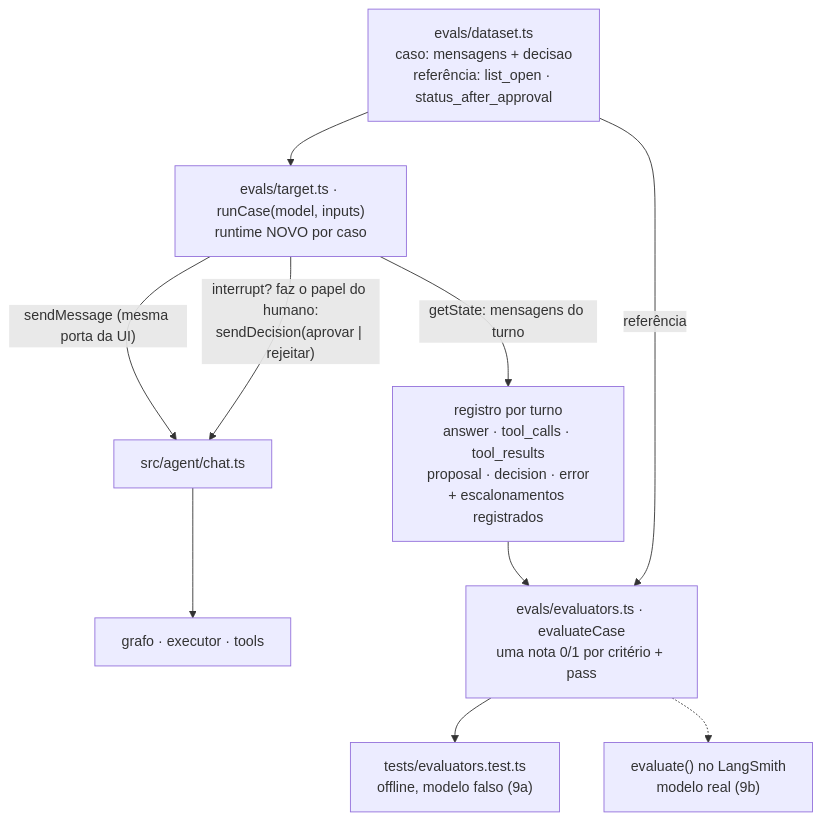
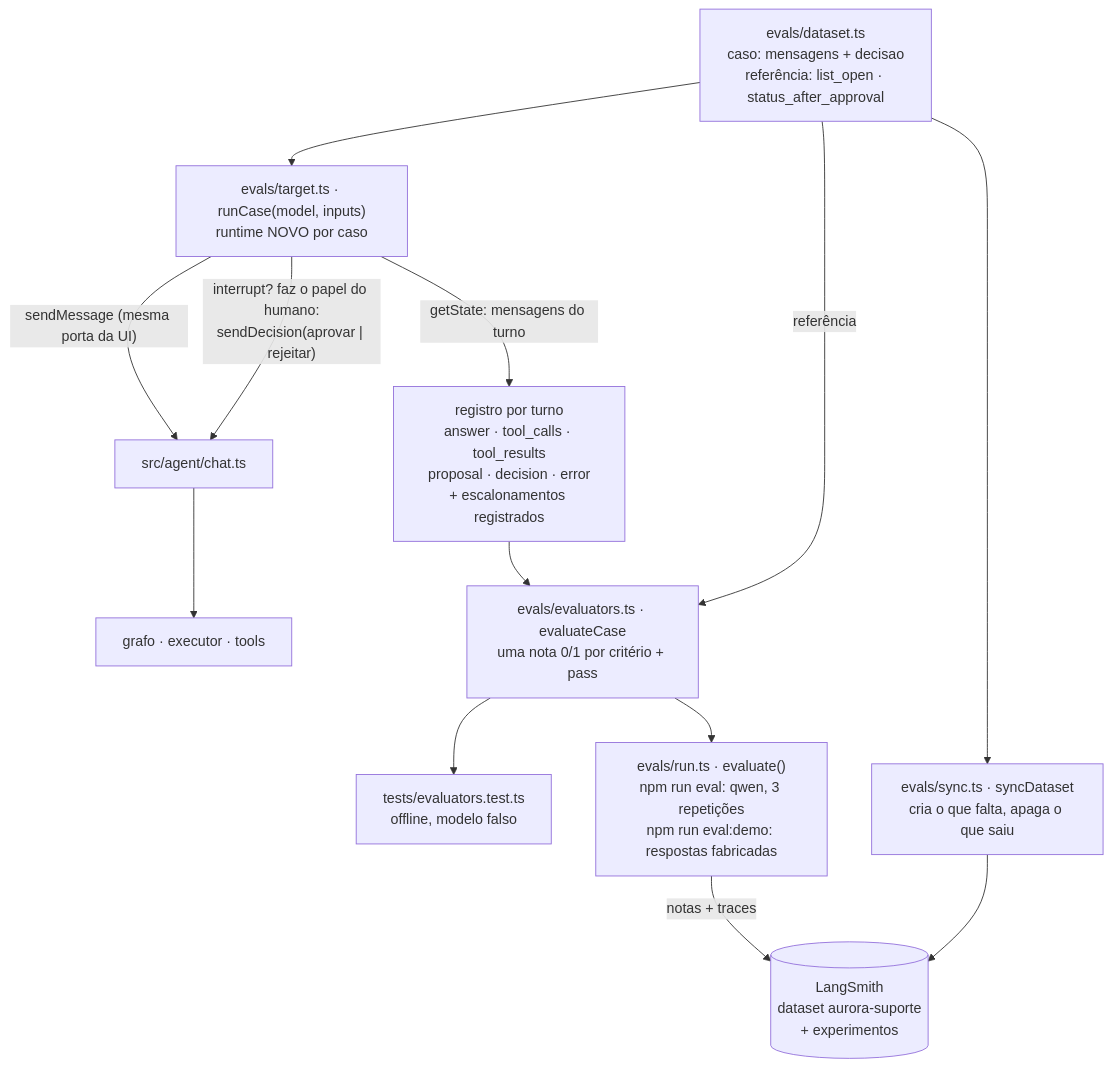
Before and after one commit to gpmoura4/qwantyco-project: the tenth of 10 diagrams in docs/fluxo.md, drawn with Mermaid. The commit also changed other lines of this file and 10 other files, not shown here.

Commit message:
feat: langsmith evaluation runner, dataset sync and evaluator demos

````diff
--- a/docs/fluxo.md
+++ b/docs/fluxo.md
@@ -381,12 +381,15 @@
 ```mermaid
 flowchart TD
     DS["evals/dataset.ts<br/>caso: mensagens + decisao<br/>referência: list_open · status_after_approval"] --> TG["evals/target.ts · runCase(model, inputs)<br/>runtime NOVO por caso"]
     TG -->|"sendMessage (mesma porta da UI)"| CH["src/agent/chat.ts"]
     CH --> GR["grafo · executor · tools"]
     TG -->|"interrupt? faz o papel do humano:<br/>sendDecision(aprovar | rejeitar)"| CH
     TG -->|"getState: mensagens do turno"| REC["registro por turno<br/>answer · tool_calls · tool_results<br/>proposal · decision · error<br/>+ escalonamentos registrados"]
     REC --> EV["evals/evaluators.ts · evaluateCase<br/>uma nota 0/1 por critério + pass"]
     DS -->|"referência"| EV
-    EV --> T["tests/evaluators.test.ts<br/>offline, modelo falso (9a)"]
-    EV -.-> LS["evaluate() no LangSmith<br/>modelo real (9b)"]
+    EV --> T["tests/evaluators.test.ts<br/>offline, modelo falso"]
+    EV --> RUN["evals/run.ts · evaluate()<br/>npm run eval: qwen, 3 repetições<br/>npm run eval:demo: respostas fabricadas"]
+    SY["evals/sync.ts · syncDataset<br/>cria o que falta, apaga o que saiu"] --> LS[("LangSmith<br/>dataset aurora-suporte<br/>+ experimentos")]
+    DS --> SY
+    RUN -->|"notas + traces"| LS
 ```
````
